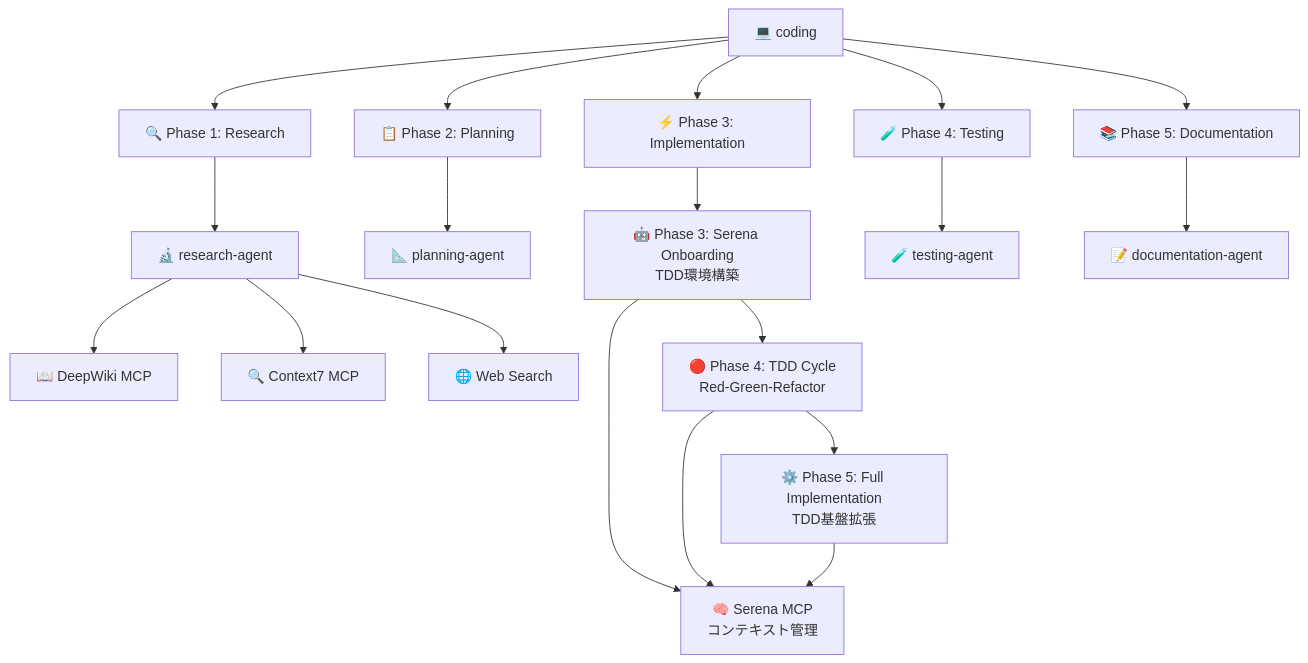
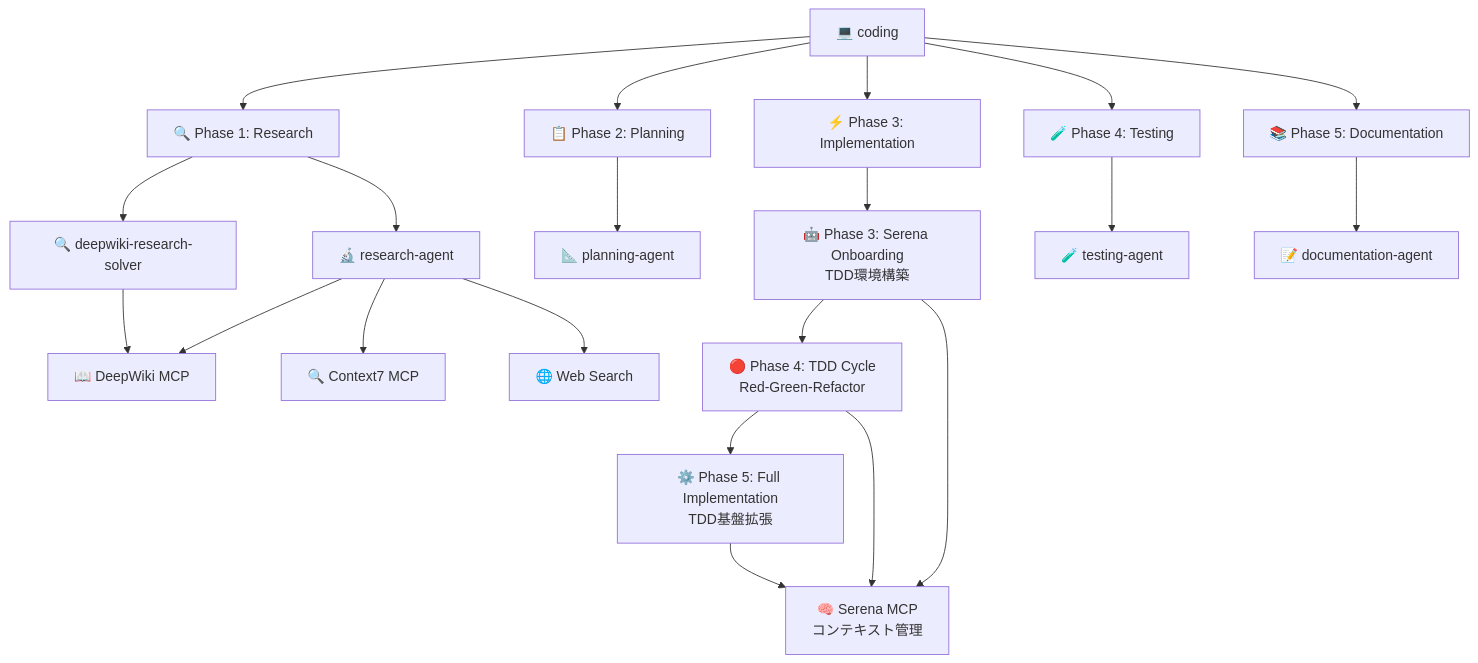
Before and after one commit to s-hiraoku/b2b-design-system: the third of 9 diagrams in docs/design/ARCHITECTURE.md, drawn with Mermaid. The commit also changed other lines of this file and 11 other files, not shown here.

First line of the commit message:
Add deepwiki-research-solver agent to coding workflow and update ARCHITECTURE.md

````diff
--- a/docs/design/ARCHITECTURE.md
+++ b/docs/design/ARCHITECTURE.md
@@ -73,33 +73,35 @@
 ```mermaid
 graph TD
     CodingMain[💻 coding] --> ResearchPhase[🔍 Phase 1: Research]
     CodingMain --> PlanningPhase[📋 Phase 2: Planning]
     CodingMain --> ImplementPhase[⚡ Phase 3: Implementation]
     CodingMain --> TestPhase[🧪 Phase 4: Testing]
     CodingMain --> DocPhase[📚 Phase 5: Documentation]
 
     %% Research Phase
     ResearchPhase --> ResearchAgent[🔬 research-agent]
+    ResearchPhase --> DeepWikiSolver[🔍 deepwiki-research-solver]
     ResearchAgent --> DeepWiki[📖 DeepWiki MCP]
     ResearchAgent --> Context7[🔍 Context7 MCP]
     ResearchAgent --> WebSearch[🌐 Web Search]
+    DeepWikiSolver --> DeepWiki
 
     %% Planning Phase
     PlanningPhase --> PlanningAgent[📐 planning-agent]
 
     %% Implementation Phase (TDD統一フロー)
     ImplementPhase --> SerenaOnboard[🤖 Phase 3: Serena Onboarding<br/>TDD環境構築]
     SerenaOnboard --> TDDCycle[🔴 Phase 4: TDD Cycle<br/>Red-Green-Refactor]
     TDDCycle --> FullImpl[⚙️ Phase 5: Full Implementation<br/>TDD基盤拡張]
 
     %% Serena MCP Integration
     SerenaOnboard --> SerenaMCP[🧠 Serena MCP<br/>コンテキスト管理]
     TDDCycle --> SerenaMCP
     FullImpl --> SerenaMCP
 
     %% Testing Phase
     TestPhase --> TestingAgent[🧪 testing-agent]
 
     %% Documentation Phase
     DocPhase --> DocumentationAgent[📝 documentation-agent]
 ```
````
